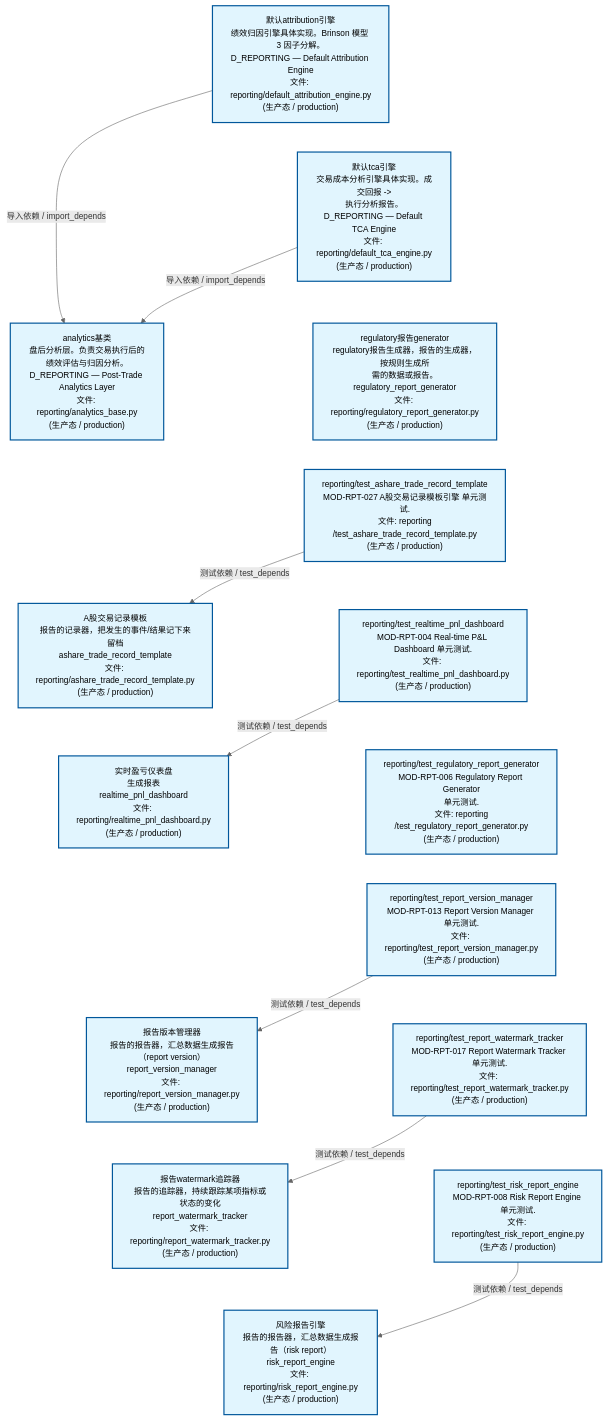
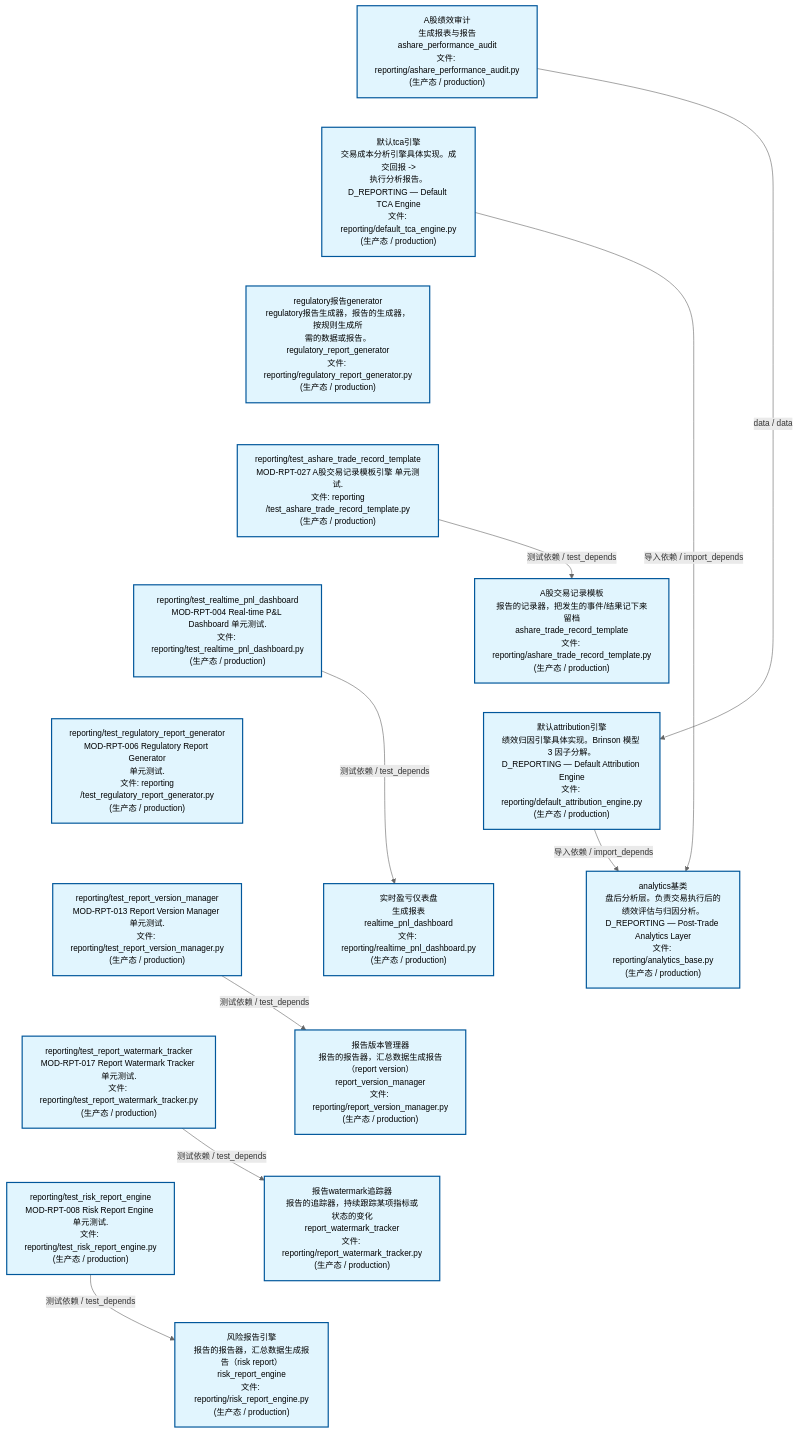
Before and after one commit to xuanFelixVan/ZephyrAlpha: the second of 4 diagrams in docs/02_enterprise_architecture/02_domain_architecture_docs/26_d_reporting.md, drawn with Mermaid. The commit also changed other lines of this file and 10 other files, not shown here.

````diff
--- a/docs/02_enterprise_architecture/02_domain_architecture_docs/26_d_reporting.md
+++ b/docs/02_enterprise_architecture/02_domain_architecture_docs/26_d_reporting.md
@@ -144,44 +143,46 @@
 ```mermaid
 %%{init: {'theme': 'base', 'themeVariables': {'primaryColor': '#eaeaea', 'primaryTextColor': '#333333', 'primaryBorderColor': '#666666', 'lineColor': '#666666', 'secondaryColor': '#eaeaea', 'tertiaryColor': '#eaeaea', 'fontSize': '14px'}}}%%
 flowchart TD
-    src_zephyr_reporting_default_attribution_engine_py["默认attribution引擎<br/>绩效归因引擎具体实现。Brinson 模型 3 因子分解。<br/>D_REPORTING — Default Attribution Engine<br/>文件: reporting/default_attribution_engine.py<br/>(生产态 / production)"]
+    src_zephyr_reporting_ashare_performance_audit_py["A股绩效审计<br/>生成报表与报告<br/>ashare_performance_audit<br/>文件: reporting/ashare_performance_audit.py<br/>(生产态 / production)"]
     src_zephyr_reporting_default_tca_engine_py["默认tca引擎<br/>交易成本分析引擎具体实现。成交回报 -><br/>执行分析报告。<br/>D_REPORTING — Default TCA Engine<br/>文件: reporting/default_tca_engine.py<br/>(生产态 / production)"]
     src_zephyr_reporting_regulatory_report_generator_py["regulatory报告generator<br/>regulatory报告生成器，报告的生成器，按规则生成所<br/>需的数据或报告。<br/>regulatory_report_generator<br/>文件: reporting/regulatory_report_generator.py<br/>(生产态 / production)"]
     tests_reporting_test_ashare_trade_record_template_py["reporting/test_ashare_trade_record_template<br/>MOD-RPT-027 A股交易记录模板引擎 单元测试.<br/>文件: reporting<br/>/test_ashare_trade_record_template.py<br/>(生产态 / production)"]
     tests_reporting_test_realtime_pnl_dashboard_py["reporting/test_realtime_pnl_dashboard<br/>MOD-RPT-004 Real-time P&L Dashboard 单元测试.<br/>文件: reporting/test_realtime_pnl_dashboard.py<br/>(生产态 / production)"]
     tests_reporting_test_regulatory_report_generator_py["reporting/test_regulatory_report_generator<br/>MOD-RPT-006 Regulatory Report Generator<br/>单元测试.<br/>文件: reporting<br/>/test_regulatory_report_generator.py<br/>(生产态 / production)"]
     tests_reporting_test_report_version_manager_py["reporting/test_report_version_manager<br/>MOD-RPT-013 Report Version Manager 单元测试.<br/>文件: reporting/test_report_version_manager.py<br/>(生产态 / production)"]
     tests_reporting_test_report_watermark_tracker_py["reporting/test_report_watermark_tracker<br/>MOD-RPT-017 Report Watermark Tracker 单元测试.<br/>文件: reporting/test_report_watermark_tracker.py<br/>(生产态 / production)"]
     tests_reporting_test_risk_report_engine_py["reporting/test_risk_report_engine<br/>MOD-RPT-008 Risk Report Engine 单元测试.<br/>文件: reporting/test_risk_report_engine.py<br/>(生产态 / production)"]
-    src_zephyr_reporting_default_attribution_engine_py ~~~ src_zephyr_reporting_default_tca_engine_py
+    src_zephyr_reporting_ashare_performance_audit_py ~~~ src_zephyr_reporting_default_tca_engine_py
     src_zephyr_reporting_default_tca_engine_py ~~~ src_zephyr_reporting_regulatory_report_generator_py
     src_zephyr_reporting_regulatory_report_generator_py ~~~ tests_reporting_test_ashare_trade_record_template_py
     tests_reporting_test_ashare_trade_record_template_py ~~~ tests_reporting_test_realtime_pnl_dashboard_py
     tests_reporting_test_realtime_pnl_dashboard_py ~~~ tests_reporting_test_regulatory_report_generator_py
     tests_reporting_test_regulatory_report_generator_py ~~~ tests_reporting_test_report_version_manager_py
     tests_reporting_test_report_version_manager_py ~~~ tests_reporting_test_report_watermark_tracker_py
     tests_reporting_test_report_watermark_tracker_py ~~~ tests_reporting_test_risk_report_engine_py
-    src_zephyr_reporting_analytics_base_py["analytics基类<br/>盘后分析层。负责交易执行后的绩效评估与归因分析。<br/>D_REPORTING — Post-Trade Analytics Layer<br/>文件: reporting/analytics_base.py<br/>(生产态 / production)"]
     src_zephyr_reporting_ashare_trade_record_template_py["A股交易记录模板<br/>报告的记录器，把发生的事件/结果记下来留档<br/>ashare_trade_record_template<br/>文件: reporting/ashare_trade_record_template.py<br/>(生产态 / production)"]
+    src_zephyr_reporting_default_attribution_engine_py["默认attribution引擎<br/>绩效归因引擎具体实现。Brinson 模型 3 因子分解。<br/>D_REPORTING — Default Attribution Engine<br/>文件: reporting/default_attribution_engine.py<br/>(生产态 / production)"]
     src_zephyr_reporting_realtime_pnl_dashboard_py["实时盈亏仪表盘<br/>生成报表<br/>realtime_pnl_dashboard<br/>文件: reporting/realtime_pnl_dashboard.py<br/>(生产态 / production)"]
     src_zephyr_reporting_report_version_manager_py["报告版本管理器<br/>报告的报告器，汇总数据生成报告（report version）<br/>report_version_manager<br/>文件: reporting/report_version_manager.py<br/>(生产态 / production)"]
     src_zephyr_reporting_report_watermark_tracker_py["报告watermark追踪器<br/>报告的追踪器，持续跟踪某项指标或状态的变化<br/>report_watermark_tracker<br/>文件: reporting/report_watermark_tracker.py<br/>(生产态 / production)"]
     src_zephyr_reporting_risk_report_engine_py["风险报告引擎<br/>报告的报告器，汇总数据生成报告（risk report）<br/>risk_report_engine<br/>文件: reporting/risk_report_engine.py<br/>(生产态 / production)"]
-    src_zephyr_reporting_analytics_base_py ~~~ src_zephyr_reporting_ashare_trade_record_template_py
-    src_zephyr_reporting_ashare_trade_record_template_py ~~~ src_zephyr_reporting_realtime_pnl_dashboard_py
+    src_zephyr_reporting_ashare_trade_record_template_py ~~~ src_zephyr_reporting_default_attribution_engine_py
+    src_zephyr_reporting_default_attribution_engine_py ~~~ src_zephyr_reporting_realtime_pnl_dashboard_py
     src_zephyr_reporting_realtime_pnl_dashboard_py ~~~ src_zephyr_reporting_report_version_manager_py
     src_zephyr_reporting_report_version_manager_py ~~~ src_zephyr_reporting_report_watermark_tracker_py
     src_zephyr_reporting_report_watermark_tracker_py ~~~ src_zephyr_reporting_risk_report_engine_py
+    src_zephyr_reporting_analytics_base_py["analytics基类<br/>盘后分析层。负责交易执行后的绩效评估与归因分析。<br/>D_REPORTING — Post-Trade Analytics Layer<br/>文件: reporting/analytics_base.py<br/>(生产态 / production)"]
+    src_zephyr_reporting_ashare_performance_audit_py -->|data / data| src_zephyr_reporting_default_attribution_engine_py
     src_zephyr_reporting_default_attribution_engine_py -->|导入依赖 / import_depends| src_zephyr_reporting_analytics_base_py
     src_zephyr_reporting_default_tca_engine_py -->|导入依赖 / import_depends| src_zephyr_reporting_analytics_base_py
     tests_reporting_test_report_version_manager_py -->|测试依赖 / test_depends| src_zephyr_reporting_report_version_manager_py
     tests_reporting_test_report_watermark_tracker_py -->|测试依赖 / test_depends| src_zephyr_reporting_report_watermark_tracker_py
     tests_reporting_test_realtime_pnl_dashboard_py -->|测试依赖 / test_depends| src_zephyr_reporting_realtime_pnl_dashboard_py
     tests_reporting_test_risk_report_engine_py -->|测试依赖 / test_depends| src_zephyr_reporting_risk_report_engine_py
     tests_reporting_test_ashare_trade_record_template_py -->|测试依赖 / test_depends| src_zephyr_reporting_ashare_trade_record_template_py
     classDef production fill:#e1f5fe,stroke:#01579b,stroke-width:2px,color:#000
     classDef design fill:#fff3e0,stroke:#e65100,stroke-width:2px,color:#000,stroke-dasharray: 5 5
     classDef external_prod fill:#e8f4fd,stroke:#0277bd,stroke-width:1px,color:#000
     classDef external_design fill:#fff8e7,stroke:#ef6c00,stroke-width:1px,color:#000,stroke-dasharray: 5 5
-    class src_zephyr_reporting_analytics_base_py,src_zephyr_reporting_ashare_trade_record_template_py,src_zephyr_reporting_default_attribution_engine_py,src_zephyr_reporting_default_tca_engine_py,src_zephyr_reporting_realtime_pnl_dashboard_py,src_zephyr_reporting_regulatory_report_generator_py,src_zephyr_reporting_report_version_manager_py,src_zephyr_reporting_report_watermark_tracker_py,src_zephyr_reporting_risk_report_engine_py,tests_reporting_test_ashare_trade_record_template_py,tests_reporting_test_realtime_pnl_dashboard_py,tests_reporting_test_regulatory_report_generator_py,tests_reporting_test_report_version_manager_py,tests_reporting_test_report_watermark_tracker_py,tests_reporting_test_risk_report_engine_py production
+    class src_zephyr_reporting_analytics_base_py,src_zephyr_reporting_ashare_performance_audit_py,src_zephyr_reporting_ashare_trade_record_template_py,src_zephyr_reporting_default_attribution_engine_py,src_zephyr_reporting_default_tca_engine_py,src_zephyr_reporting_realtime_pnl_dashboard_py,src_zephyr_reporting_regulatory_report_generator_py,src_zephyr_reporting_report_version_manager_py,src_zephyr_reporting_report_watermark_tracker_py,src_zephyr_reporting_risk_report_engine_py,tests_reporting_test_ashare_trade_record_template_py,tests_reporting_test_realtime_pnl_dashboard_py,tests_reporting_test_regulatory_report_generator_py,tests_reporting_test_report_version_manager_py,tests_reporting_test_report_watermark_tracker_py,tests_reporting_test_risk_report_engine_py production
 ```
````
